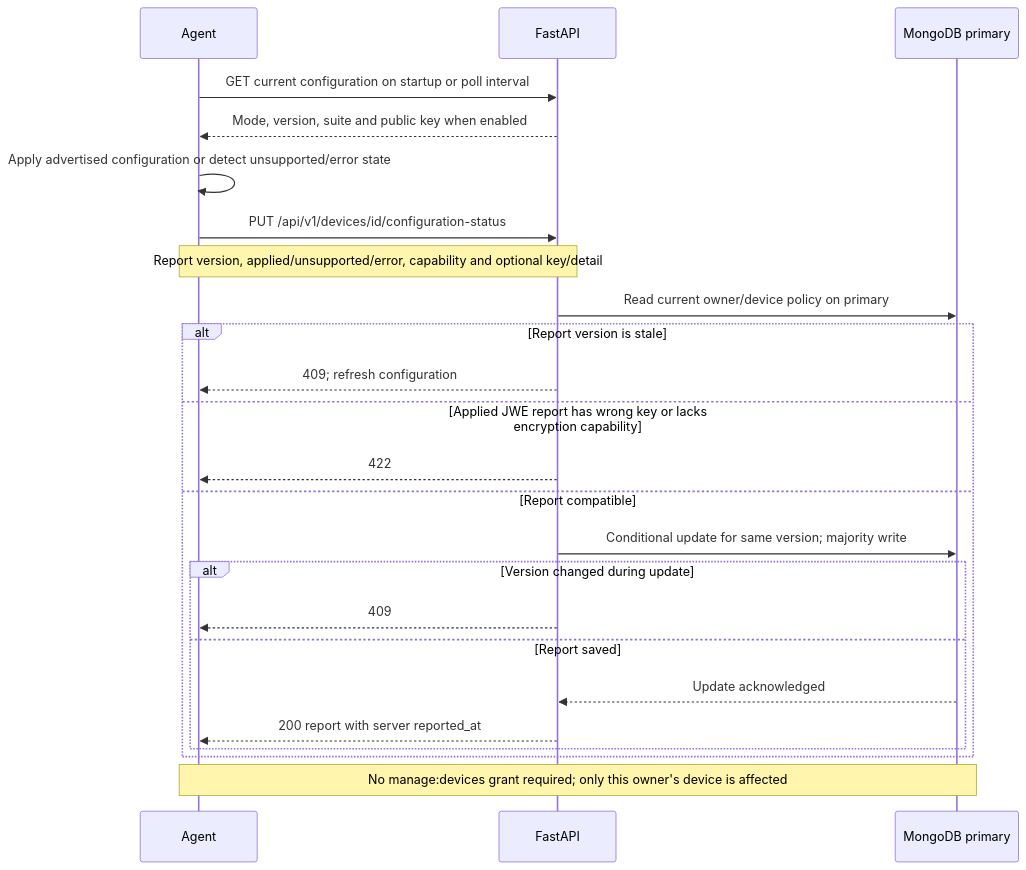
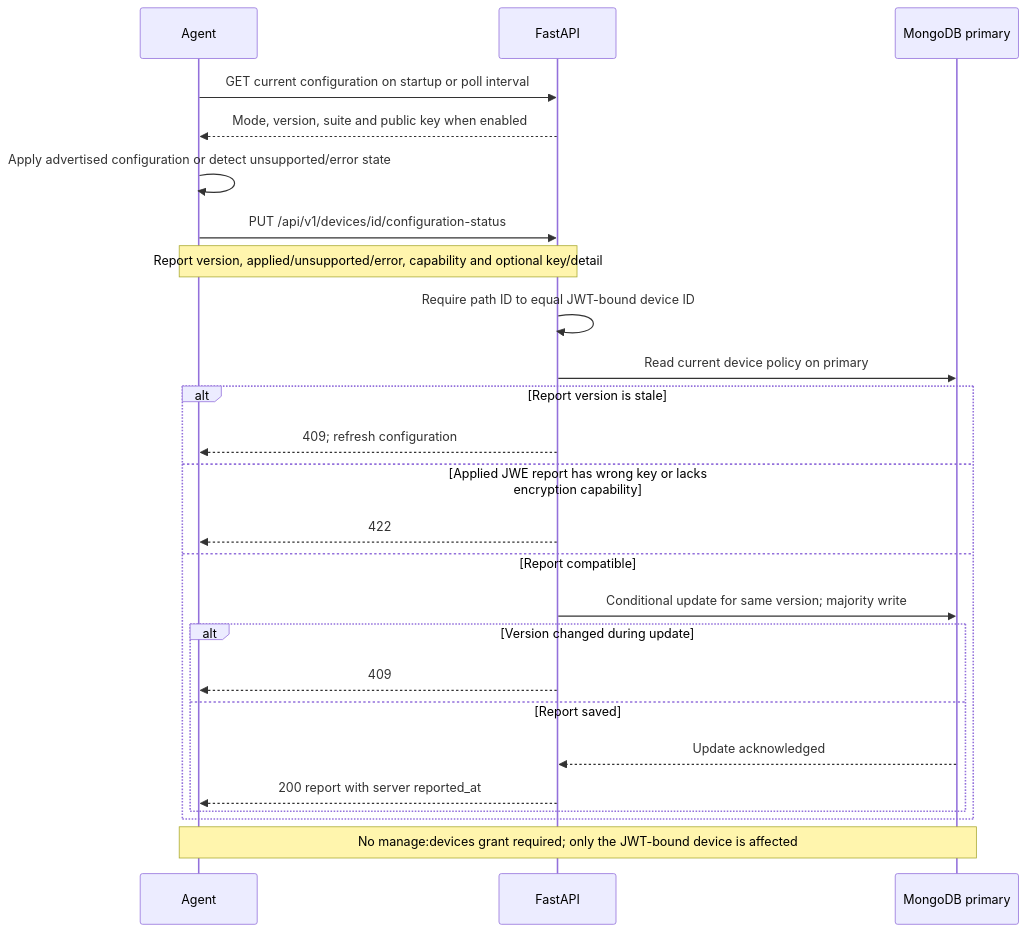
Before and after one commit to lucagiorgino/http-logger-collector: diagram 13 of 24 in docs/IMPLEMENTATION_STATUS.md, drawn with Mermaid. The commit also changed other lines of this file and 7 other files, not shown here.

First line of the commit message:
docs: update architecture and operational guidance

````diff
--- a/docs/IMPLEMENTATION_STATUS.md
+++ b/docs/IMPLEMENTATION_STATUS.md
@@ -540,26 +735,27 @@
 ```mermaid
 sequenceDiagram
     participant Agent
     participant API as FastAPI
     participant Primary as MongoDB primary
     Agent->>API: GET current configuration on startup or poll interval
     API-->>Agent: Mode, version, suite and public key when enabled
     Agent->>Agent: Apply advertised configuration or detect unsupported/error state
     Agent->>API: PUT /api/v1/devices/id/configuration-status
     Note over Agent,API: Report version, applied/unsupported/error, capability and optional key/detail
-    API->>Primary: Read current owner/device policy on primary
+    API->>API: Require path ID to equal JWT-bound device ID
+    API->>Primary: Read current device policy on primary
     alt Report version is stale
         API-->>Agent: 409#59; refresh configuration
     else Applied JWE report has wrong key or lacks encryption capability
         API-->>Agent: 422
     else Report compatible
         API->>Primary: Conditional update for same version#59; majority write
         alt Version changed during update
             API-->>Agent: 409
         else Report saved
             Primary-->>API: Update acknowledged
             API-->>Agent: 200 report with server reported_at
         end
     end
-    Note over Agent,Primary: No manage:devices grant required#59; only this owner's device is affected
+    Note over Agent,Primary: No manage:devices grant required#59; only the JWT-bound device is affected
 ```
````
